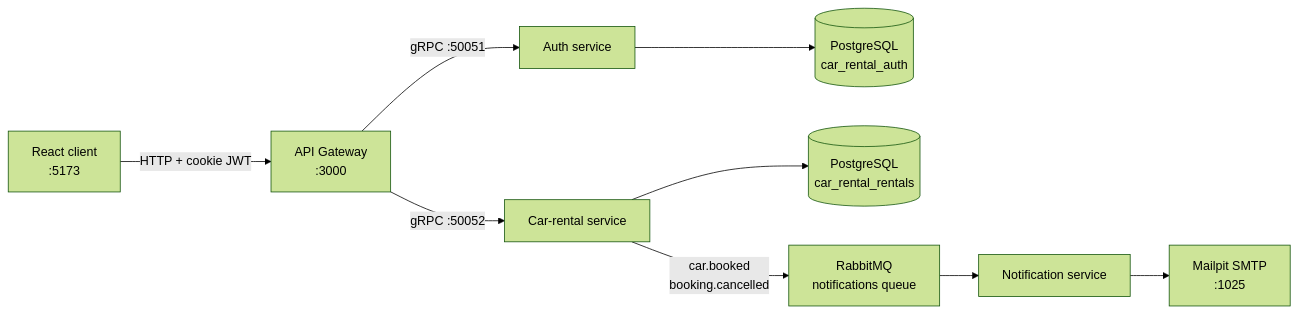
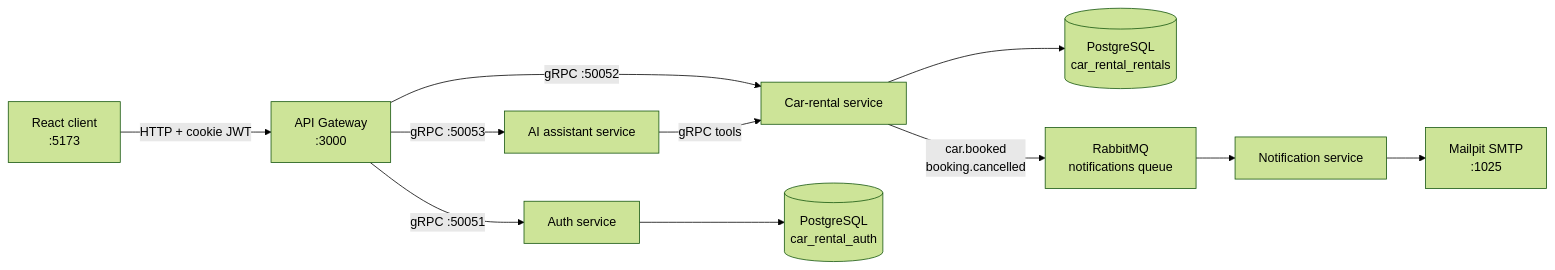
One commit to Gizz-music/car-rental-app changed the first of 2 diagrams in README.md. Above: the diagram before and after it, drawn with Mermaid (forest theme). The commit also changed other lines of this file and 41 other files, not shown here.

````diff
--- a/README.md
+++ b/README.md
@@ -10,13 +10,15 @@
 ```mermaid
 flowchart LR
   Browser["React client<br/>:5173"] -->|"HTTP + cookie JWT"| Gateway["API Gateway<br/>:3000"]
 
   Gateway -->|"gRPC :50051"| Auth["Auth service"]
   Gateway -->|"gRPC :50052"| Rental["Car-rental service"]
+  Gateway -->|"gRPC :50053"| AI["AI assistant service"]
 
   Auth --> AuthDB[("PostgreSQL<br/>car_rental_auth")]
   Rental --> RentalDB[("PostgreSQL<br/>car_rental_rentals")]
+  AI -->|"gRPC tools"| Rental
   Rental -->|"car.booked<br/>booking.cancelled"| RMQ["RabbitMQ<br/>notifications queue"]
   RMQ --> Notify["Notification service"]
   Notify --> SMTP["Mailpit SMTP<br/>:1025"]
 ```
````
